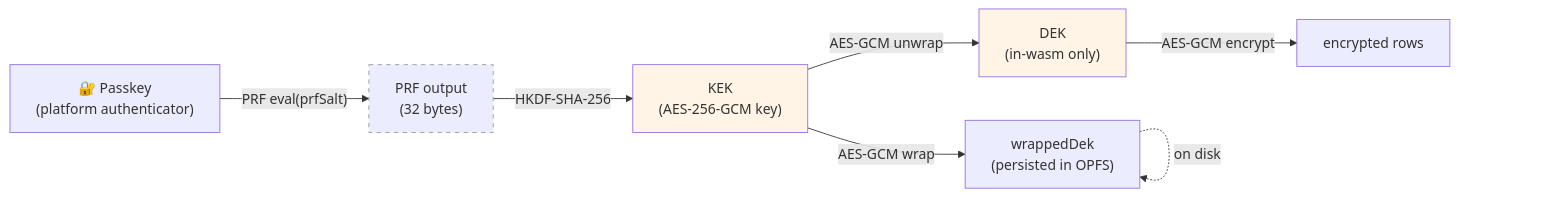
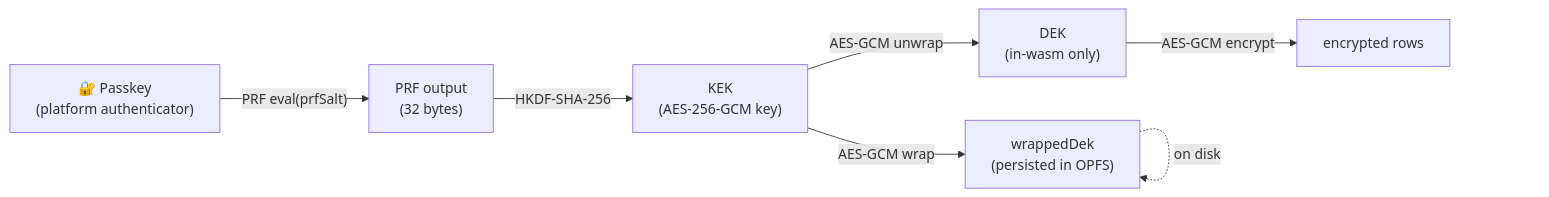
Before and after one commit to stephane-segning/opfs-webauthn: the second of 2 diagrams in README.md, drawn with Mermaid. The commit also changed other lines of this file, not shown here.

````diff
--- a/README.md
+++ b/README.md
@@ -94,20 +88,16 @@
 ```mermaid
 flowchart LR
   Passkey["🔐 Passkey<br/>(platform authenticator)"]
   PRF["PRF output<br/>(32 bytes)"]
   KEK["KEK<br/>(AES-256-GCM key)"]
   DEK["DEK<br/>(in-wasm only)"]
   WrappedDEK["wrappedDek<br/>(persisted in OPFS)"]
   Rows["encrypted rows"]
 
   Passkey -->|"PRF eval(prfSalt)"| PRF
   PRF -->|"HKDF-SHA-256"| KEK
   KEK -->|"AES-GCM unwrap"| DEK
   DEK -->|"AES-GCM encrypt"| Rows
   KEK -->|"AES-GCM wrap"| WrappedDEK
   WrappedDEK -.->|"on disk"| WrappedDEK
-
-  style PRF stroke-dasharray: 5 5,stroke:#999
-  style DEK fill:#fff4e6
-  style KEK fill:#fff4e6
 ```
````
